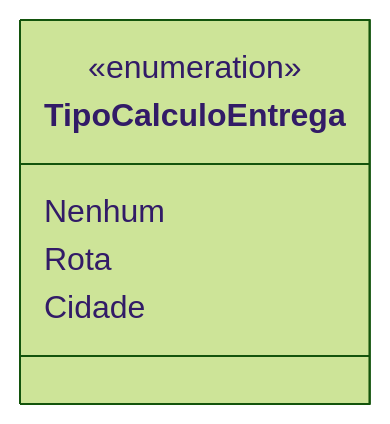
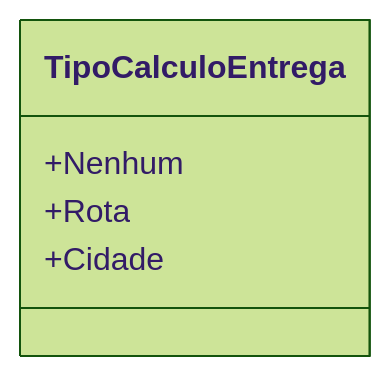
Before and after one commit to IsthmusSistemas/documentacao-tecnica: the diagram in docs/b2b-dominio/IsthmusWinthor.Nucleo/IsthmusWinthor.Dominio/Enumeradores/TipoCalculoEntrega.md, drawn with Mermaid (forest theme). The commit also changed other lines of this file and 882 other files, not shown here.

````diff
--- a/docs/b2b-dominio/IsthmusWinthor.Nucleo/IsthmusWinthor.Dominio/Enumeradores/TipoCalculoEntrega.md
+++ b/docs/b2b-dominio/IsthmusWinthor.Nucleo/IsthmusWinthor.Dominio/Enumeradores/TipoCalculoEntrega.md
@@ -12,9 +13,8 @@
 ```mermaid
 classDiagram
     class TipoCalculoEntrega {
-        <<enumeration>>
-        Nenhum
-        Rota
-        Cidade
+        +Nenhum
+        +Rota
+        +Cidade
     }
 ```
````
